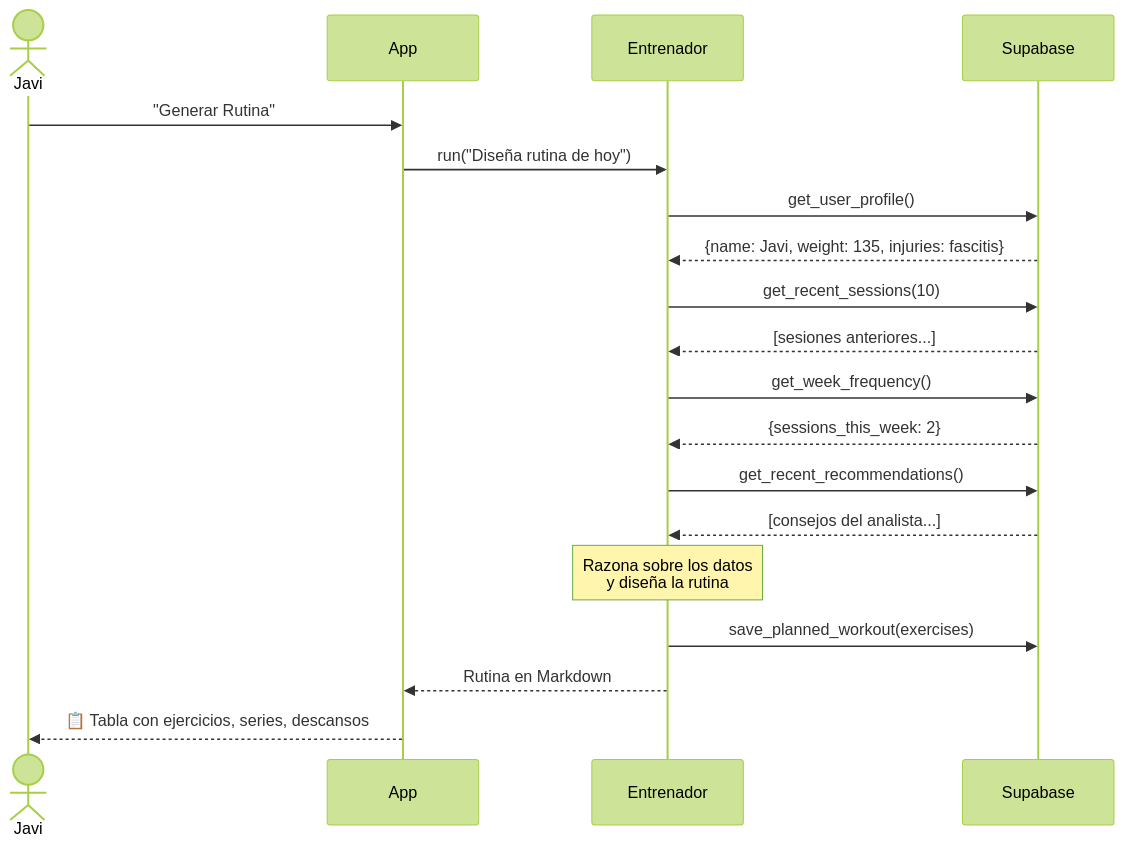
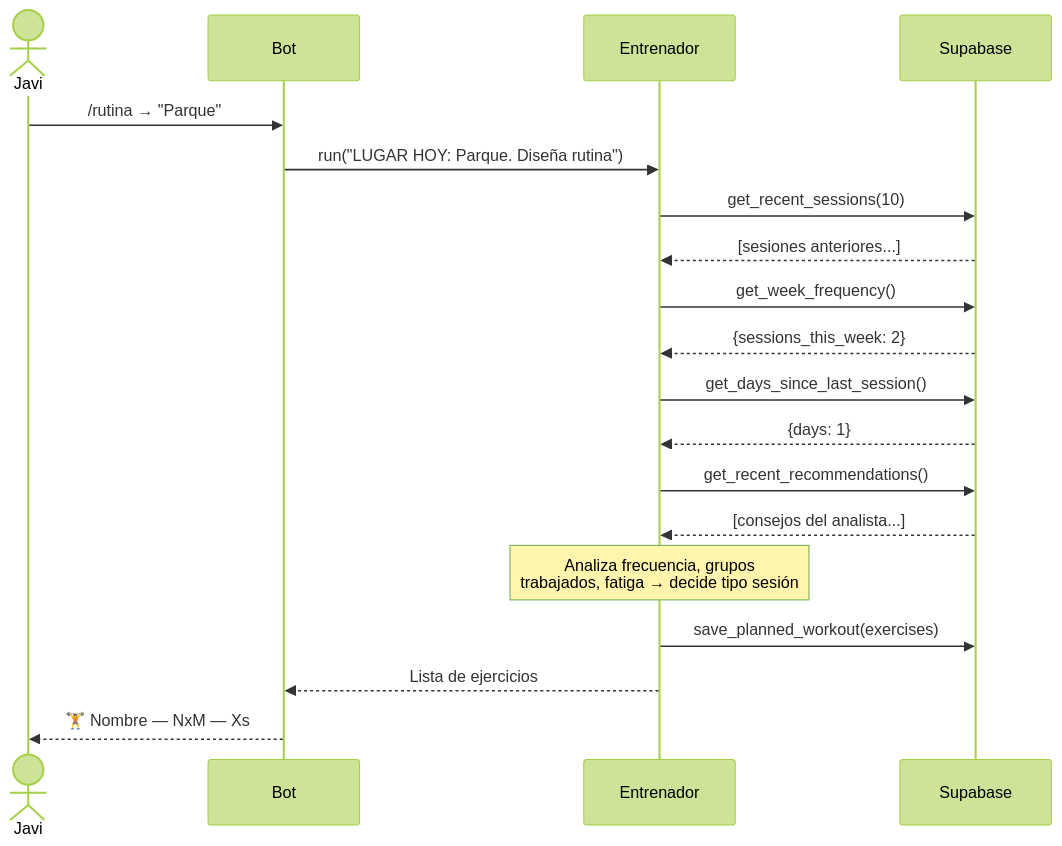
One commit to JavierRubio4U/calistenia changed the second of 3 diagrams in README.md. Above: the diagram before and after it, drawn with Mermaid (forest theme). The commit also changed other lines of this file and 14 other files, not shown here.

````diff
--- a/README.md
+++ b/README.md
@@ -94,22 +134,22 @@
 ```mermaid
 sequenceDiagram
     actor Javi
-    participant App
+    participant Bot
     participant Entrenador
     participant Supabase
 
-    Javi->>App: "Generar Rutina"
-    App->>Entrenador: run("Diseña rutina de hoy")
-    Entrenador->>Supabase: get_user_profile()
-    Supabase-->>Entrenador: {name: Javi, weight: 135, injuries: fascitis}
+    Javi->>Bot: /rutina → "Parque"
+    Bot->>Entrenador: run("LUGAR HOY: Parque. Diseña rutina")
     Entrenador->>Supabase: get_recent_sessions(10)
     Supabase-->>Entrenador: [sesiones anteriores...]
     Entrenador->>Supabase: get_week_frequency()
     Supabase-->>Entrenador: {sessions_this_week: 2}
+    Entrenador->>Supabase: get_days_since_last_session()
+    Supabase-->>Entrenador: {days: 1}
     Entrenador->>Supabase: get_recent_recommendations()
     Supabase-->>Entrenador: [consejos del analista...]
-    Note over Entrenador: Razona sobre los datos<br/>y diseña la rutina
+    Note over Entrenador: Analiza frecuencia, grupos<br/>trabajados, fatiga → decide tipo sesión
     Entrenador->>Supabase: save_planned_workout(exercises)
-    Entrenador-->>App: Rutina en Markdown
-    App-->>Javi: 📋 Tabla con ejercicios, series, descansos
+    Entrenador-->>Bot: Lista de ejercicios
+    Bot-->>Javi: 🏋️ Nombre — NxM — Xs
 ```
````
